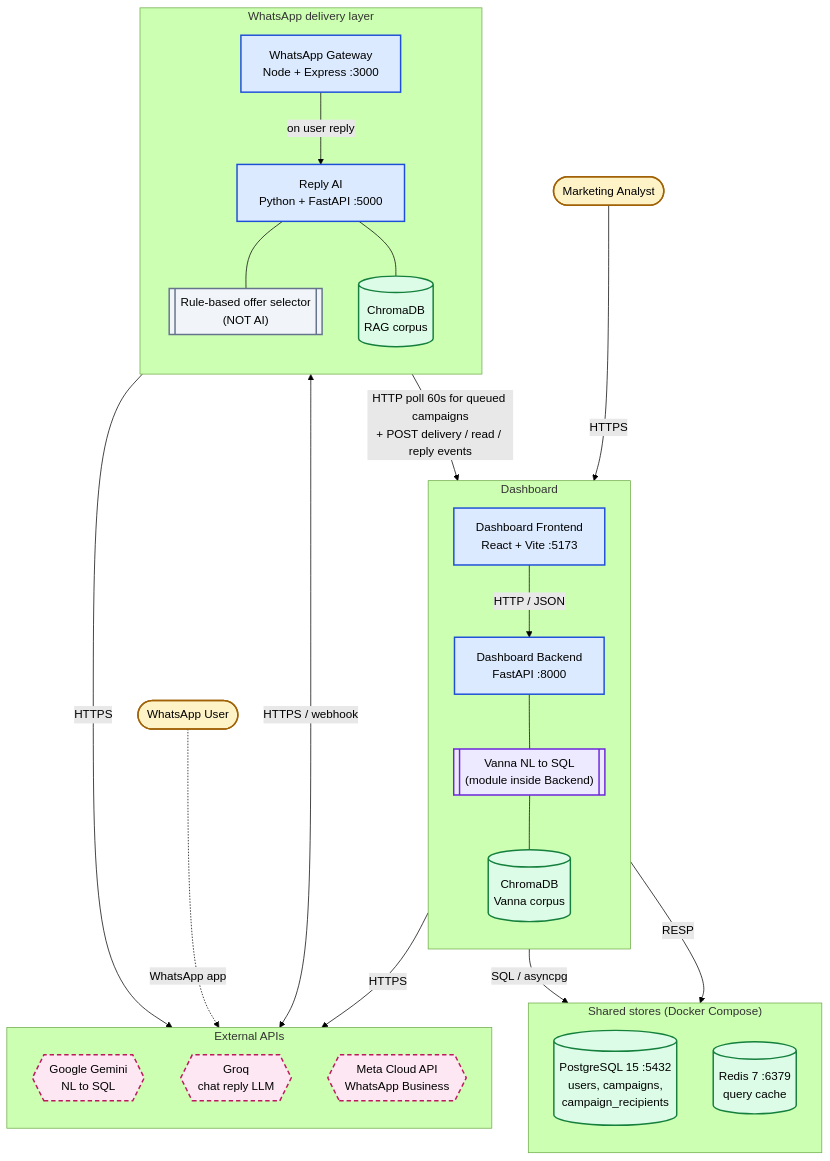
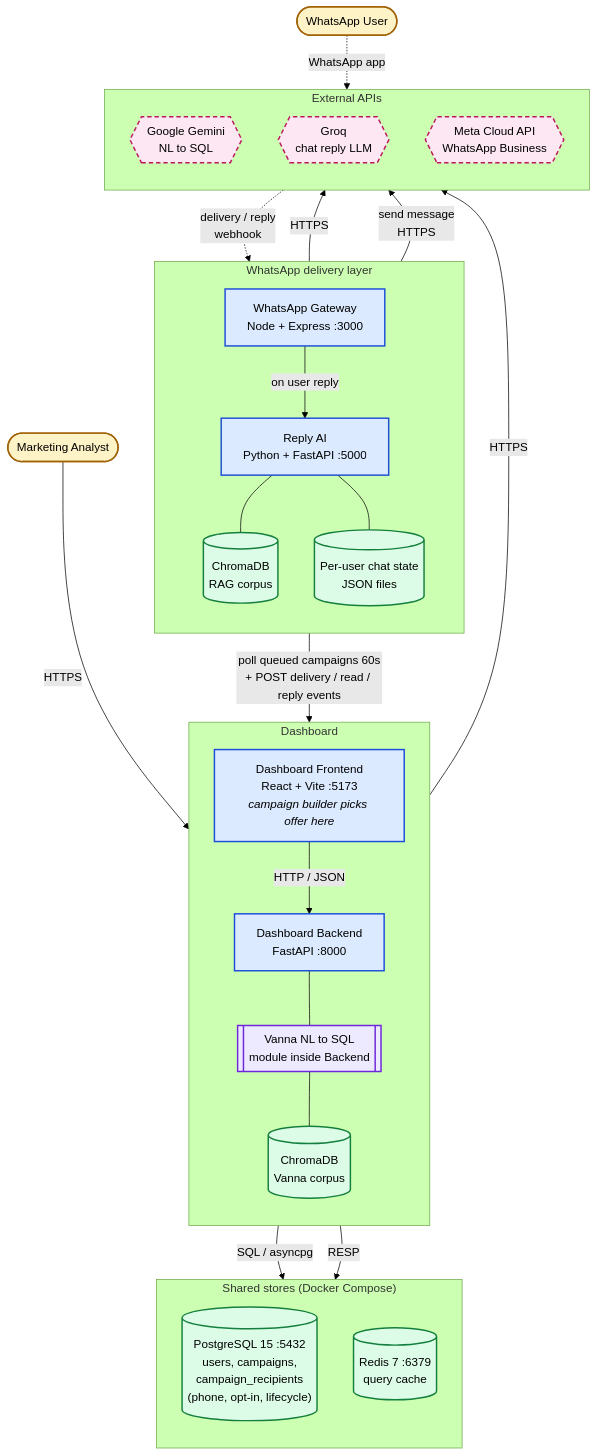
The diagram in docs/diagrams/01-architecture.mmd (leenrayyan/numero-dashboard), drawn with Mermaid (forest theme) before and after one commit. The commit also changed 1 other file, not shown here.

Commit message:
diagrams: drop offer-selector box, add chat-state store, fix Meta arrows
Three corrections from the rendered Fig 2a review:

1. Offer selection happens in the FRONTEND at campaign build time
   (Campaigns.jsx:matchOffer), persisted on Campaign.offer_code, and
   reused at send + reply time. Showing 'rule-based offer selector'
   inside the WhatsApp delivery layer was misleading — that function
   in reply-ai is essentially a duplicated helper, not the decision
   point. Removed the box; clarified the flow in §4.1.6 prose.

2. Per-user chat history (one JSON file per user_id, in
   reply-ai/data/users/) was invisible on the diagram. Added it as
   a 'Per-user chat state' cylinder inside the Reply AI cluster.

3. The bidirectional WAG <--> Meta arrow conflated outbound sends
   with inbound webhooks. Split into two unidirectional arrows with
   distinct labels.

4. Dropped the '(NOT AI)' parenthetical from Vanna and elsewhere — it
   read defensively. The labelling is clear enough without it.

```diff
--- a/docs/diagrams/01-architecture.mmd
+++ b/docs/diagrams/01-architecture.mmd
@@ -1,78 +1,77 @@
 %% Numero Reactivation — ONLINE runtime architecture (Figure 2a)
 %% Render at https://mermaid.live  — clear the default template first.
 
 flowchart TB
 
-    %% ---------- ACTORS (top) ----------
+    %% ---------- ACTORS ----------
     ANALYST(["Marketing Analyst"])
     WAUSER(["WhatsApp User"])
 
     %% ---------- DASHBOARD CLUSTER ----------
     subgraph DASH["Dashboard"]
         direction TB
-        FE["Dashboard Frontend<br/>React + Vite :5173"]
+        FE["Dashboard Frontend<br/>React + Vite :5173<br/><i>campaign builder picks offer here</i>"]
         BE["Dashboard Backend<br/>FastAPI :8000"]
-        VANNA[["Vanna NL to SQL<br/>(module inside Backend)"]]
+        VANNA[["Vanna NL to SQL<br/>module inside Backend"]]
         CHV[("ChromaDB<br/>Vanna corpus")]
         FE -->|HTTP / JSON| BE
         BE --- VANNA
         VANNA --- CHV
     end
 
     %% ---------- WHATSAPP CLUSTER ----------
     subgraph WA["WhatsApp delivery layer"]
         direction TB
         WAG["WhatsApp Gateway<br/>Node + Express :3000"]
         RAI["Reply AI<br/>Python + FastAPI :5000"]
-        OFFER[["Rule-based offer selector<br/>(NOT AI)"]]
         CHR[("ChromaDB<br/>RAG corpus")]
+        CHAT[("Per-user chat state<br/>JSON files")]
         WAG -->|on user reply| RAI
-        RAI --- OFFER
         RAI --- CHR
+        RAI --- CHAT
     end
 
     %% ---------- DATA STORES ----------
     subgraph STORES["Shared stores (Docker Compose)"]
         direction TB
-        PG[("PostgreSQL 15 :5432<br/>users, campaigns,<br/>campaign_recipients")]
+        PG[("PostgreSQL 15 :5432<br/>users, campaigns,<br/>campaign_recipients<br/>(phone, opt-in, lifecycle)")]
         RD[("Redis 7 :6379<br/>query cache")]
     end
 
     %% ---------- EXTERNAL APIs ----------
     subgraph EXT["External APIs"]
         direction TB
         GEMINI{{"Google Gemini<br/>NL to SQL"}}
         GROQ{{"Groq<br/>chat reply LLM"}}
         META{{"Meta Cloud API<br/>WhatsApp Business"}}
     end
 
     %% ---------- USER ENTRY ----------
     ANALYST -->|HTTPS| FE
     WAUSER  -.->|WhatsApp app| META
 
     %% ---------- BACKEND TO STORES ----------
     BE -->|SQL / asyncpg| PG
     BE -->|RESP| RD
 
-    %% ---------- WAG → BACKEND (inner feedback loop) ----------
-    WAG -->|HTTP poll 60s for queued campaigns<br/>+ POST delivery / read / reply events| BE
+    %% ---------- WAG ↔ BACKEND ----------
+    WAG -->|poll queued campaigns 60s<br/>+ POST delivery / read / reply events| BE
 
     %% ---------- SERVICES → EXTERNALS ----------
     VANNA -->|HTTPS| GEMINI
     RAI   -->|HTTPS| GROQ
-    WAG   <-->|HTTPS / webhook| META
+    WAG   -->|send message<br/>HTTPS| META
+    META  -.->|delivery / reply<br/>webhook| WAG
 
     %% ---------- STYLES ----------
     classDef actor   fill:#fef3c7,stroke:#a16207,stroke-width:2px
     classDef svc     fill:#dbeafe,stroke:#1d4ed8,stroke-width:2px
     classDef aimod   fill:#ede9fe,stroke:#6d28d9,stroke-width:2px
-    classDef rule    fill:#f1f5f9,stroke:#64748b,stroke-width:2px
     classDef store   fill:#dcfce7,stroke:#15803d,stroke-width:2px
     classDef ext     fill:#fce7f3,stroke:#be185d,stroke-width:2px,stroke-dasharray: 6 4
 
     class ANALYST,WAUSER actor
     class FE,BE,WAG,RAI svc
     class VANNA aimod
-    class OFFER rule
-    class PG,RD,CHV,CHR store
+    class PG,RD,CHV,CHR,CHAT store
     class GEMINI,GROQ,META ext
```
